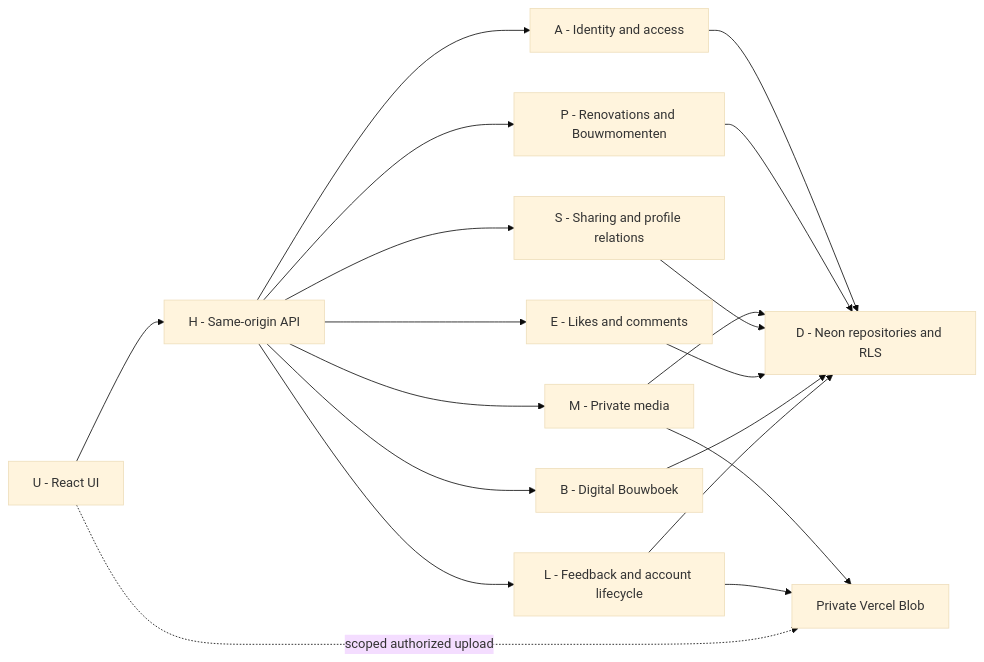
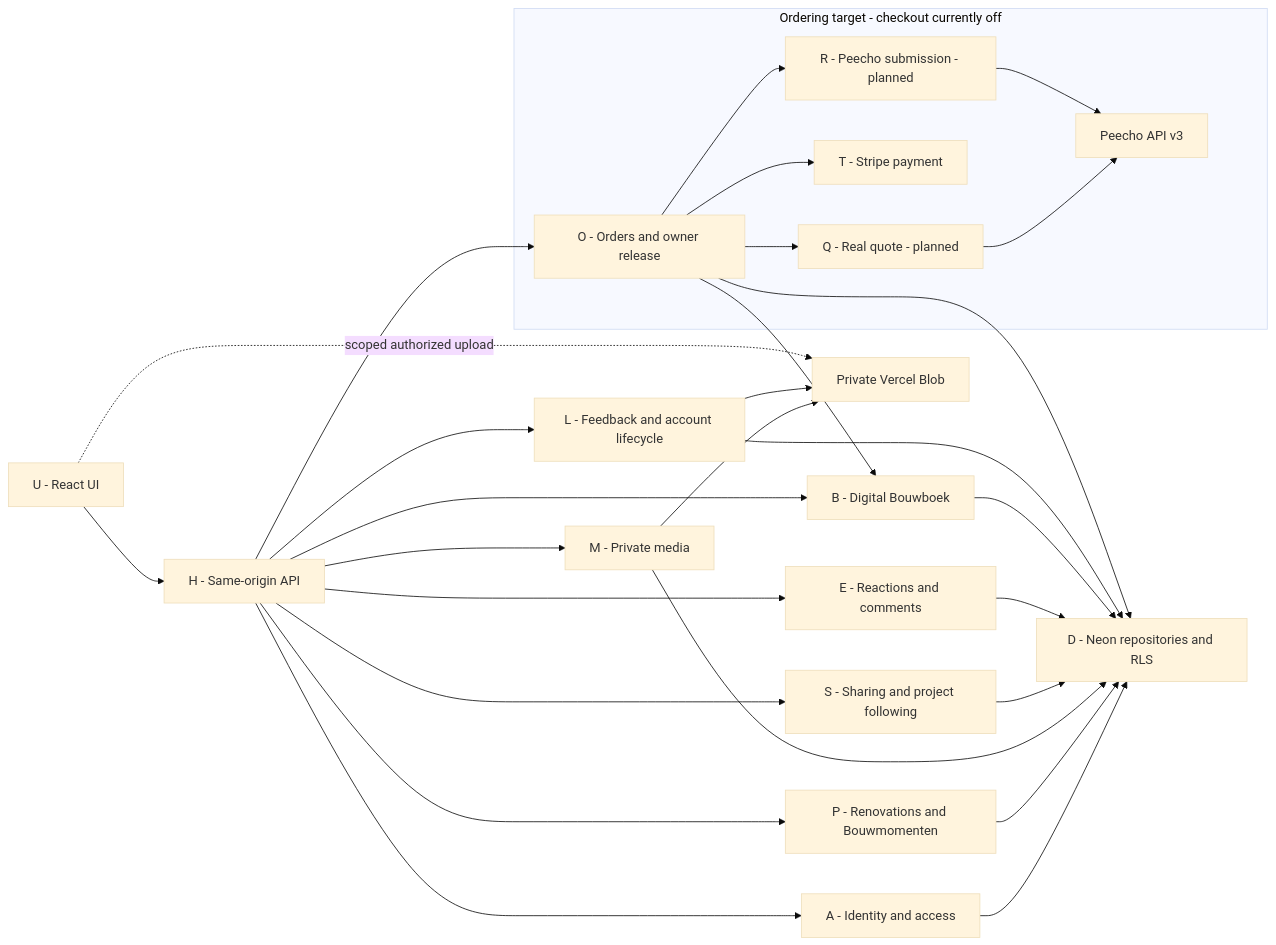
One commit to meestierolff/buildy changed the diagram in docs/architecture/GRAPH.md. Above: the diagram before and after it, drawn with Mermaid (base theme). The commit also changed other lines of this file and 62 other files, not shown here.

Commit message:
Complete project following and canonical Bouwboek PDF

````diff
--- a/docs/architecture/GRAPH.md
+++ b/docs/architecture/GRAPH.md
@@ -27,21 +27,32 @@
 ```mermaid
 flowchart LR
   U["U - React UI"] --> H["H - Same-origin API"]
   H --> A["A - Identity and access"]
   A --> D["D - Neon repositories and RLS"]
   H --> P["P - Renovations and Bouwmomenten"]
   H --> M["M - Private media"]
-  H --> S["S - Sharing and profile relations"]
-  H --> E["E - Likes and comments"]
+  H --> S["S - Sharing and project following"]
+  H --> E["E - Reactions and comments"]
   H --> B["B - Digital Bouwboek"]
   H --> L["L - Feedback and account lifecycle"]
   P --> D
   M --> D
   S --> D
   E --> D
   B --> D
   L --> D
   M --> V["Private Vercel Blob"]
   L --> V
   U -. "scoped authorized upload" .-> V
+  subgraph Gated["Ordering target - checkout currently off"]
+    O["O - Orders and owner release"]
+    O --> Q["Q - Real quote - planned"]
+    O --> T["T - Stripe payment"]
+    O --> R["R - Peecho submission - planned"]
+    Q --> PP["Peecho API v3"]
+    R --> PP
+  end
+  H --> O
+  O --> B
+  O --> D
 ```
````
